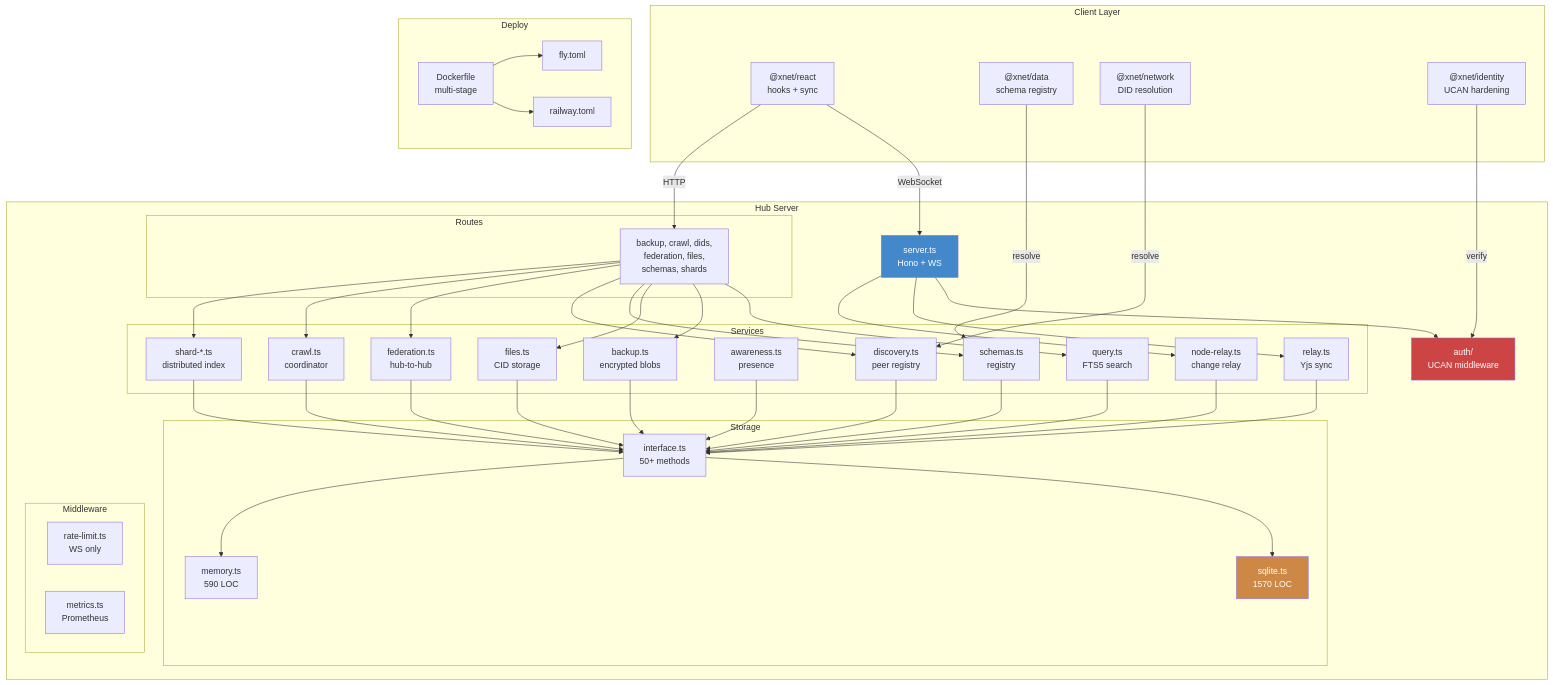
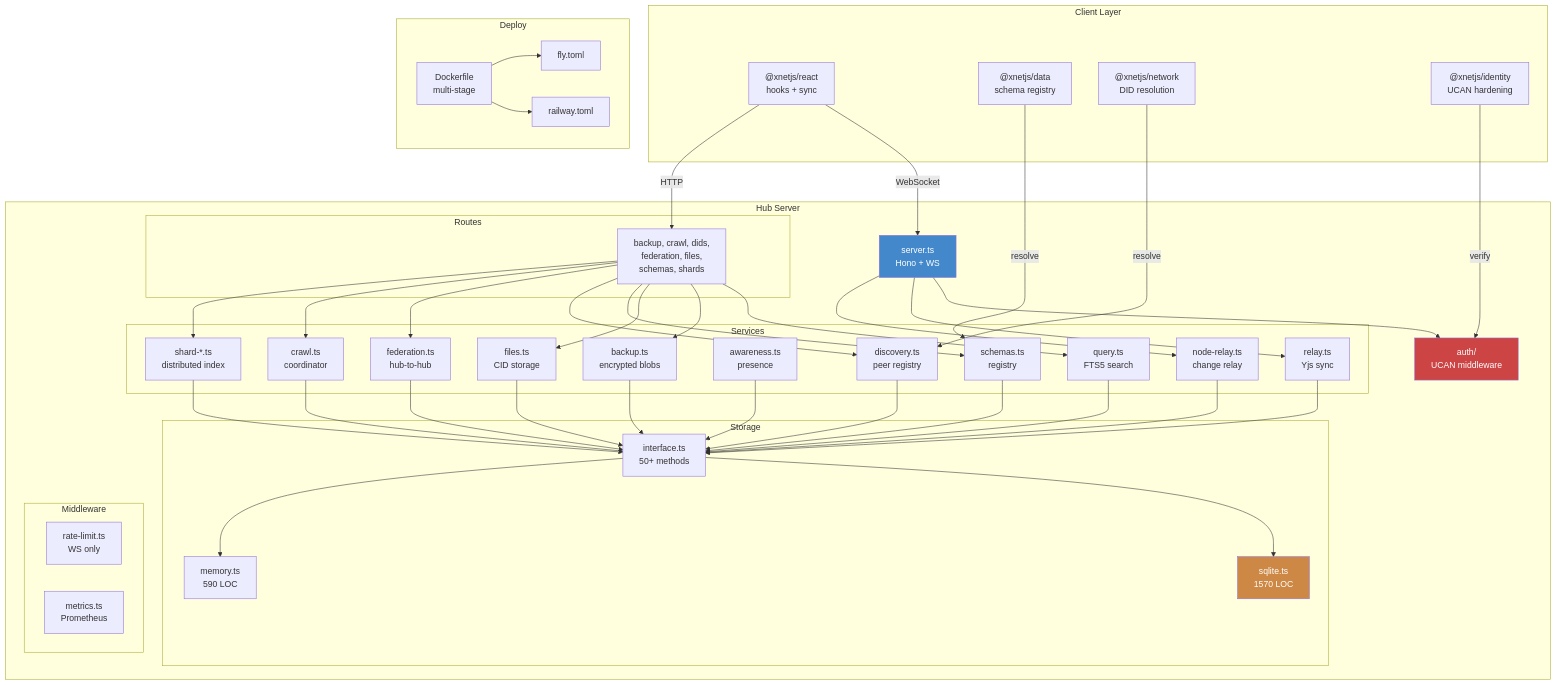
Before and after one commit to crs48/xNet: the diagram in docs/reviews/2026-02-04-HubPhase1VPS/README.md, drawn with Mermaid. The commit also changed other lines of this file and 980 other files, not shown here.

````diff
--- a/docs/reviews/2026-02-04-HubPhase1VPS/README.md
+++ b/docs/reviews/2026-02-04-HubPhase1VPS/README.md
@@ -51,10 +51,10 @@
 ```mermaid
 graph TD
     subgraph "Client Layer"
-        react["@xnet/react<br/>hooks + sync"]
-        data["@xnet/data<br/>schema registry"]
-        net["@xnet/network<br/>DID resolution"]
-        id["@xnet/identity<br/>UCAN hardening"]
+        react["@xnetjs/react<br/>hooks + sync"]
+        data["@xnetjs/data<br/>schema registry"]
+        net["@xnetjs/network<br/>DID resolution"]
+        id["@xnetjs/identity<br/>UCAN hardening"]
     end
 
     subgraph "Hub Server"
````
